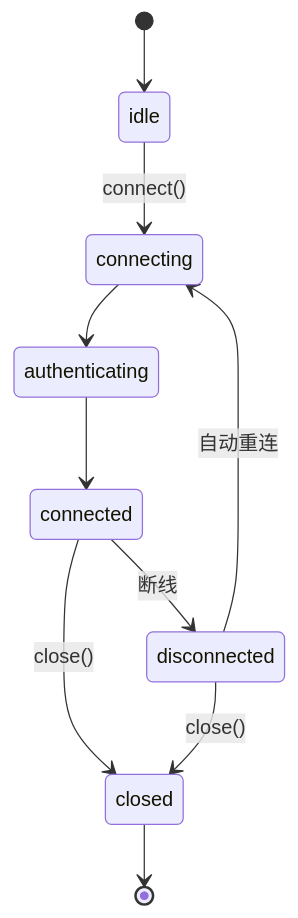
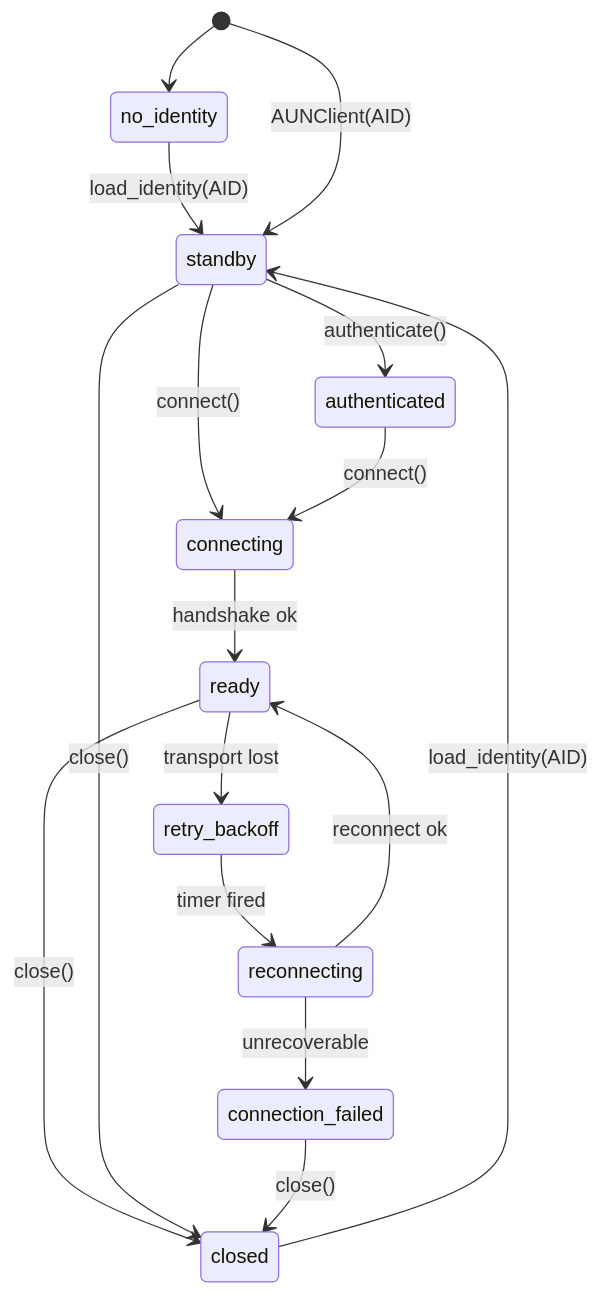
One commit to ModelUnion/aun-sdk-core changed the first of 2 diagrams in python/src/aun_core/docs/skill/sdk-core/03-核心概念.md. Above: the diagram before and after it, drawn with Mermaid. The commit also changed other lines of this file and 158 other files, not shown here.

````diff
--- a/python/src/aun_core/docs/skill/sdk-core/03-核心概念.md
+++ b/python/src/aun_core/docs/skill/sdk-core/03-核心概念.md
@@ -33,12 +62,18 @@
 ```mermaid
 stateDiagram-v2
-    [*] --> idle
-    idle --> connecting: connect()
-    connecting --> authenticating
-    authenticating --> connected
-    connected --> disconnected: 断线
-    disconnected --> connecting: 自动重连
-    connected --> closed: close()
-    disconnected --> closed: close()
-    closed --> [*]
+    [*] --> no_identity
+    no_identity --> standby: load_identity(AID)
+    [*] --> standby: AUNClient(AID)
+    standby --> authenticated: authenticate()
+    standby --> connecting: connect()
+    authenticated --> connecting: connect()
+    connecting --> ready: handshake ok
+    ready --> retry_backoff: transport lost
+    retry_backoff --> reconnecting: timer fired
+    reconnecting --> ready: reconnect ok
+    reconnecting --> connection_failed: unrecoverable
+    ready --> closed: close()
+    standby --> closed: close()
+    connection_failed --> closed: close()
+    closed --> standby: load_identity(AID)
 ```
````
